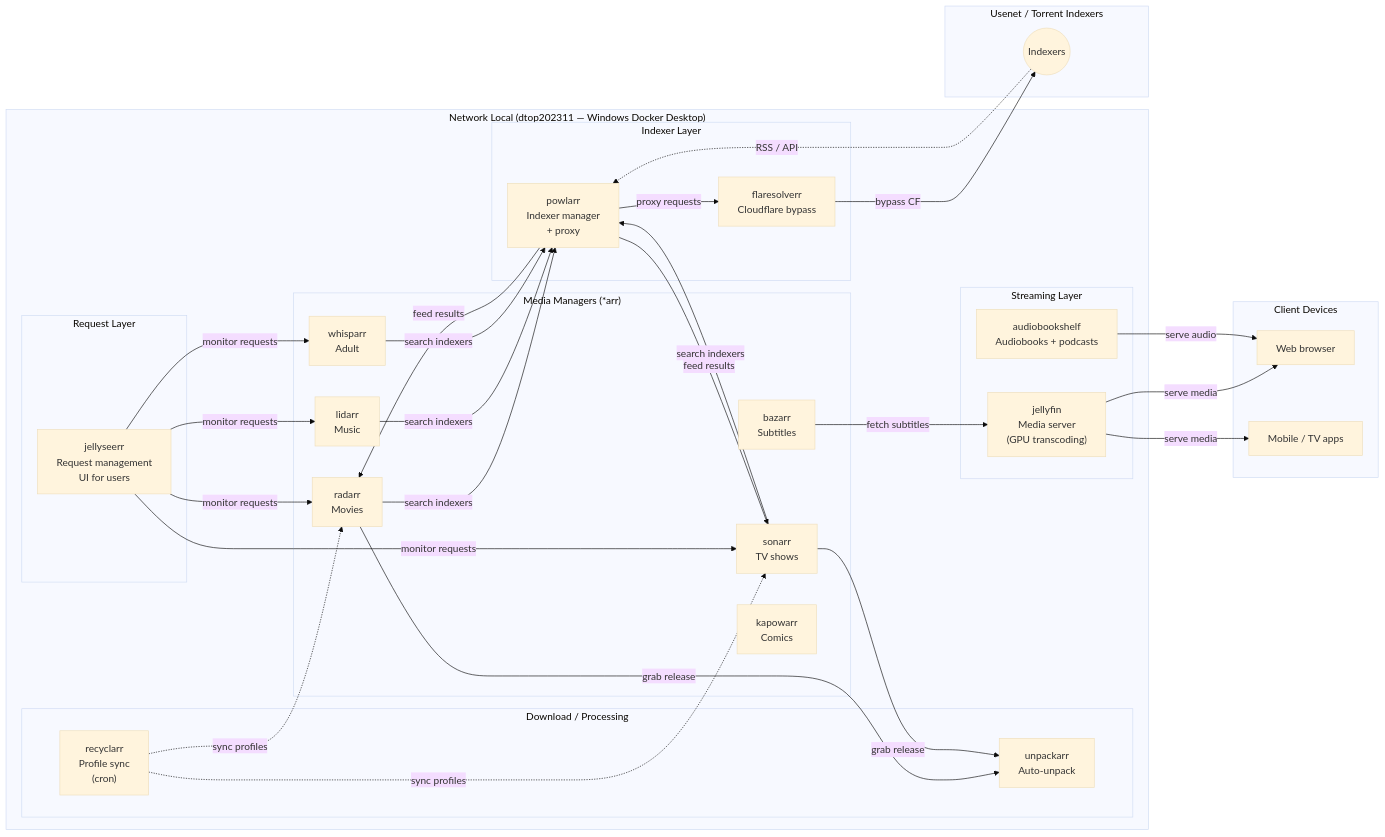
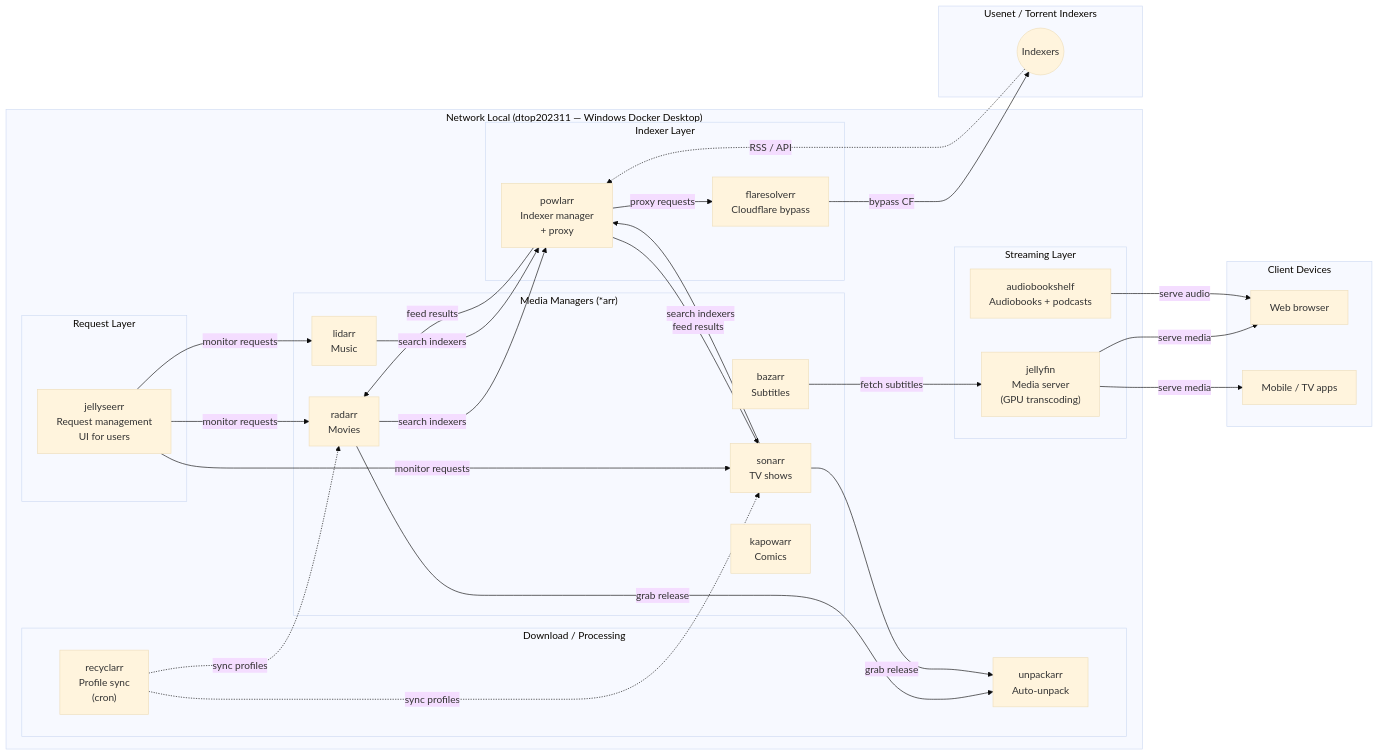
Before and after one commit to levonk/infrahub: the diagram in shared/docs/pipelines/media/PIPELINE-MEDIA.md, drawn with Mermaid (base theme). The commit also changed other lines of this file and 16 other files, not shown here.

First line of the commit message:
Remove whisparr and adult.levonk.com from media stack

````diff
--- a/shared/docs/pipelines/media/PIPELINE-MEDIA.md
+++ b/shared/docs/pipelines/media/PIPELINE-MEDIA.md
@@ -10,63 +10,60 @@
 ```mermaid
 flowchart LR
     subgraph NL["Network Local (dtop202311 — Windows Docker Desktop)"]
         subgraph Request["Request Layer"]
             JSE["jellyseerr\nRequest management\nUI for users"]
         end
 
         subgraph Managers["Media Managers (*arr)"]
             RAD["radarr\nMovies"]
             SON["sonarr\nTV shows"]
             LID["lidarr\nMusic"]
             BAZ["bazarr\nSubtitles"]
             KAP["kapowarr\nComics"]
-            WHI["whisparr\nAdult"]
         end
 
         subgraph Indexers["Indexer Layer"]
             PROW["powlarr\nIndexer manager\n+ proxy"]
             FLARE["flaresolverr\nCloudflare bypass"]
         end
 
         subgraph Download["Download / Processing"]
             UNP["unpackarr\nAuto-unpack"]
             REC["recyclarr\nProfile sync\n(cron)"]
         end
 
         subgraph Stream["Streaming Layer"]
             JF["jellyfin\nMedia server\n(GPU transcoding)"]
             ABS["audiobookshelf\nAudiobooks + podcasts"]
         end
     end
 
     subgraph Net["Usenet / Torrent Indexers"]
         IDX(("Indexers"))
     end
 
     subgraph Clients["Client Devices"]
         WEB["Web browser"]
         APP["Mobile / TV apps"]
     end
 
     JSE -- "monitor requests" --> RAD
     JSE -- "monitor requests" --> SON
     JSE -- "monitor requests" --> LID
-    JSE -- "monitor requests" --> WHI
     RAD -- "search indexers" --> PROW
     SON -- "search indexers" --> PROW
     LID -- "search indexers" --> PROW
-    WHI -- "search indexers" --> PROW
     PROW -- "proxy requests" --> FLARE
     FLARE -- "bypass CF" --> IDX
     IDX -. "RSS / API" .-> PROW
     PROW -- "feed results" --> RAD
     PROW -- "feed results" --> SON
     RAD -- "grab release" --> UNP
     SON -- "grab release" --> UNP
     BAZ -- "fetch subtitles" --> JF
     REC -. "sync profiles" .-> RAD
     REC -. "sync profiles" .-> SON
     JF -- "serve media" --> WEB
     JF -- "serve media" --> APP
     ABS -- "serve audio" --> WEB
 ```
````
